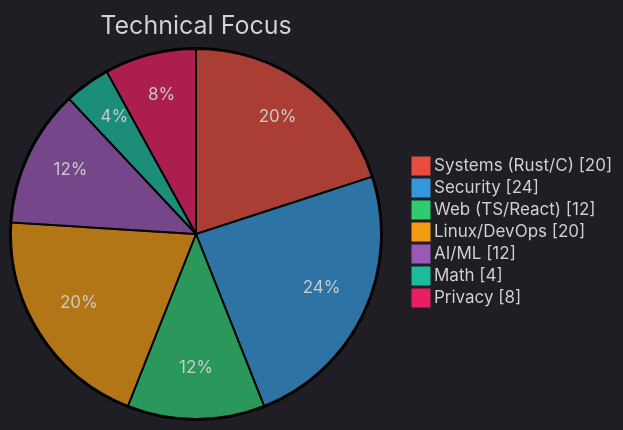
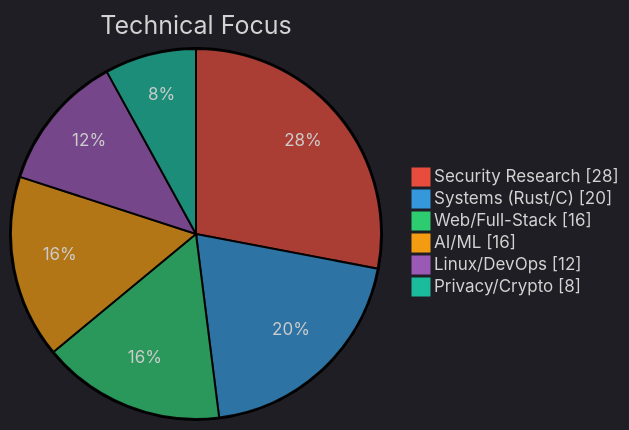
The diagram in .github/assets/charts/skills-dark.mmd (johnzfitch/johnzfitch), drawn with Mermaid before and after one commit. The commit also changed 23 other files, not shown here.

```diff
--- a/.github/assets/charts/skills-dark.mmd
+++ b/.github/assets/charts/skills-dark.mmd
@@ -1,10 +1,9 @@
 %%{init: {'theme':'dark', 'themeVariables': {'pie1': '#e74c3c', 'pie2': '#3498db', 'pie3': '#2ecc71', 'pie4': '#f39c12', 'pie5': '#9b59b6', 'pie6': '#1abc9c', 'pie7': '#e91e63'}}}%%
 pie showData
     title Technical Focus
+    "Security Research" : 28
     "Systems (Rust/C)" : 20
-    "Security" : 24
-    "Web (TS/React)" : 12
-    "Linux/DevOps" : 20
-    "AI/ML" : 12
-    "Math" : 4
-    "Privacy" : 8
+    "Web/Full-Stack" : 16
+    "AI/ML" : 16
+    "Linux/DevOps" : 12
+    "Privacy/Crypto" : 8
```
